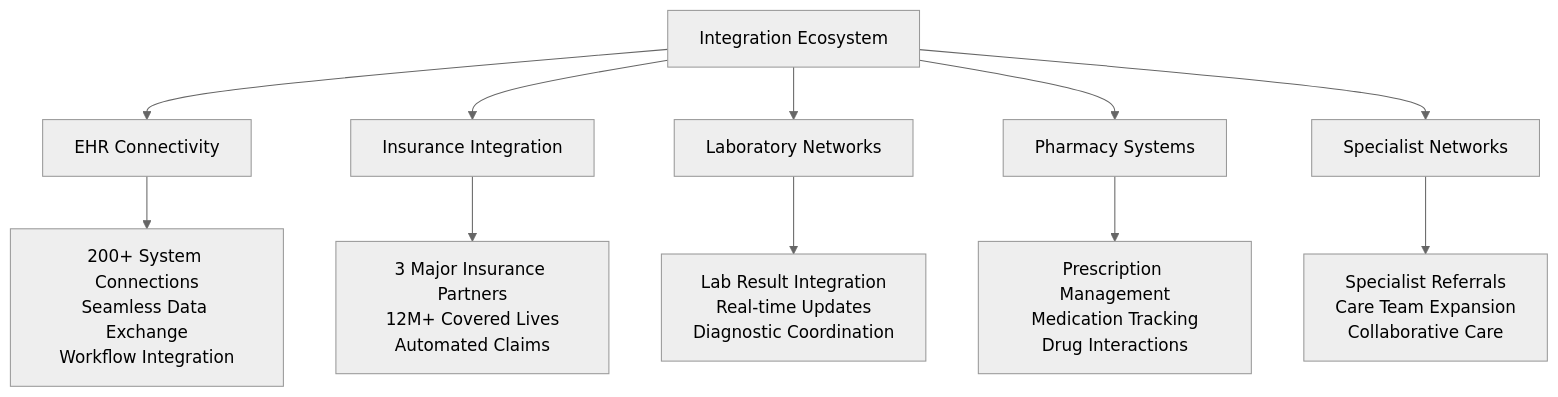
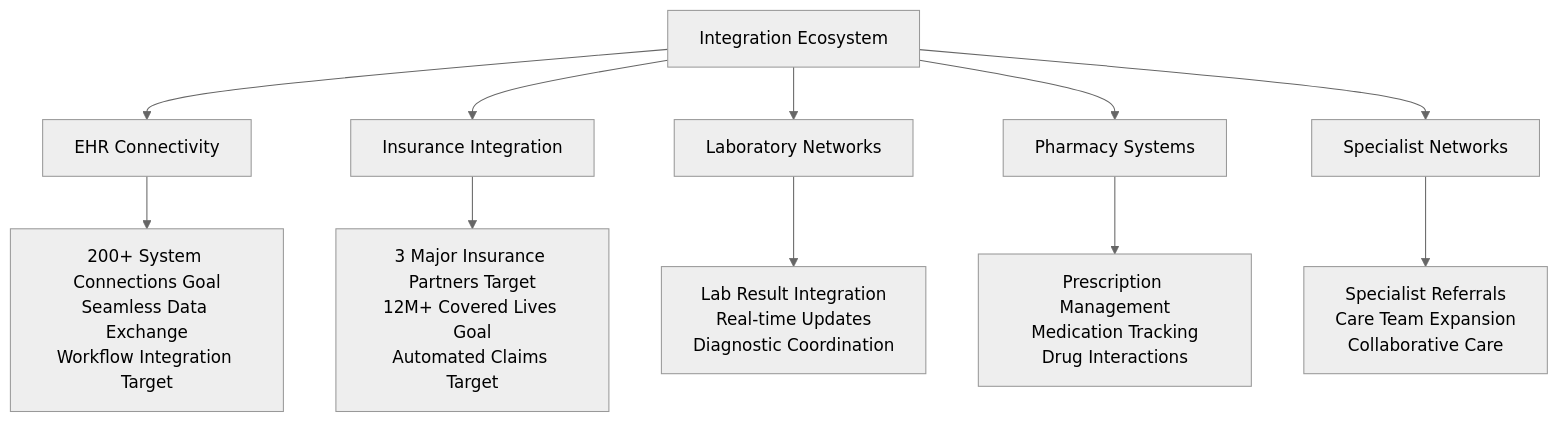
The eighth of 10 diagrams in chapters/05-service-layer.md (mydr24/book), drawn with Mermaid (neutral theme) before and after one commit. The commit also changed other lines of this file and 15 other files, not shown here.

````diff
--- a/chapters/05-service-layer.md
+++ b/chapters/05-service-layer.md
@@ -265,14 +267,14 @@
 ```mermaid
 graph TB
     A[Integration Ecosystem] --> B[EHR Connectivity]
     A --> C[Insurance Integration]
     A --> D[Laboratory Networks]
     A --> E[Pharmacy Systems]
     A --> F[Specialist Networks]
     
-    B --> G[200+ System Connections<br/>Seamless Data Exchange<br/>Workflow Integration]
-    C --> H[3 Major Insurance Partners<br/>12M+ Covered Lives<br/>Automated Claims]
+    B --> G[200+ System Connections Goal<br/>Seamless Data Exchange<br/>Workflow Integration Target]
+    C --> H[3 Major Insurance Partners Target<br/>12M+ Covered Lives Goal<br/>Automated Claims Target]
     D --> I[Lab Result Integration<br/>Real-time Updates<br/>Diagnostic Coordination]
     E --> J[Prescription Management<br/>Medication Tracking<br/>Drug Interactions]
     F --> K[Specialist Referrals<br/>Care Team Expansion<br/>Collaborative Care]
 ```
````
